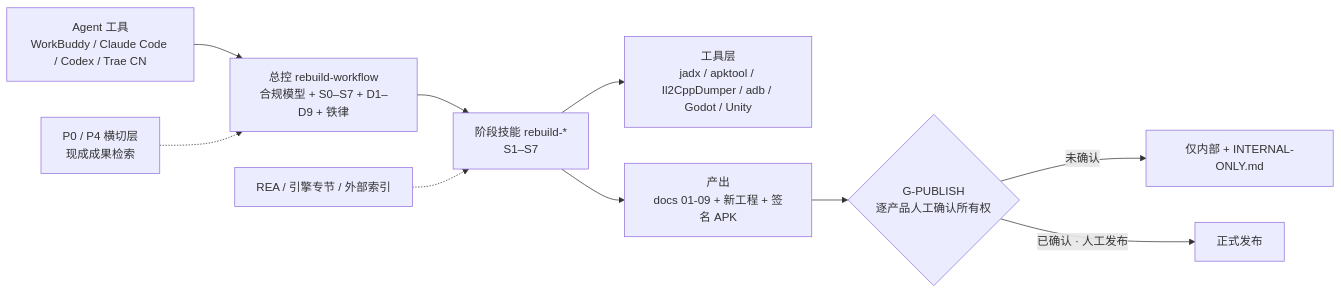
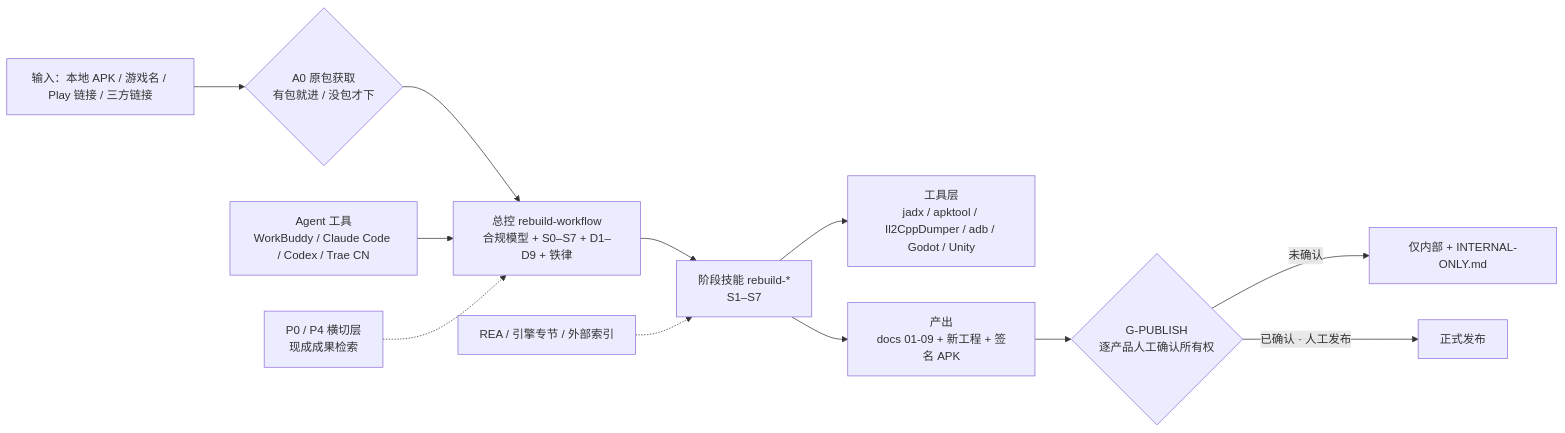
Before and after one commit to ElevenZhou/apk-rebuild-skills: the diagram in README.md, drawn with Mermaid. The commit also changed other lines of this file and 9 other files, not shown here.

First line of the commit message:
feat(workflow): v1.4.1 — A0 原包获取（本地包 / 游戏名 / Play 链接 / 三方链接）

````diff
--- a/README.md
+++ b/README.md
@@ -19,12 +38,14 @@
 ```mermaid
 flowchart LR
-    AGENT["Agent 工具<br/>WorkBuddy / Claude Code / Codex / Trae CN"] --> WF["总控 rebuild-workflow<br/>合规模型 + S0–S7 + D1–D9 + 铁律"]
+    IN["输入：本地 APK / 游戏名 / Play 链接 / 三方链接"] --> A0{"A0 原包获取<br/>有包就进 / 没包才下"}
+    A0 --> WF["总控 rebuild-workflow<br/>合规模型 + S0–S7 + D1–D9 + 铁律"]
+    AGENT["Agent 工具<br/>WorkBuddy / Claude Code / Codex / Trae CN"] --> WF
     WF --> SKILLS["阶段技能 rebuild-*<br/>S1–S7"]
     P["P0 / P4 横切层<br/>现成成果检索"] -.-> WF
     REA["REA / 引擎专节 / 外部索引"] -.-> SKILLS
     SKILLS --> TOOLS["工具层<br/>jadx / apktool / Il2CppDumper / adb / Godot / Unity"]
     SKILLS --> OUT["产出<br/>docs 01-09 + 新工程 + 签名 APK"]
     OUT --> GATE{"G-PUBLISH<br/>逐产品人工确认所有权"}
     GATE -- 未确认 --> INTERNAL["仅内部 + INTERNAL-ONLY.md"]
     GATE -- 已确认 · 人工发布 --> PUB["正式发布"]
 ```
````
